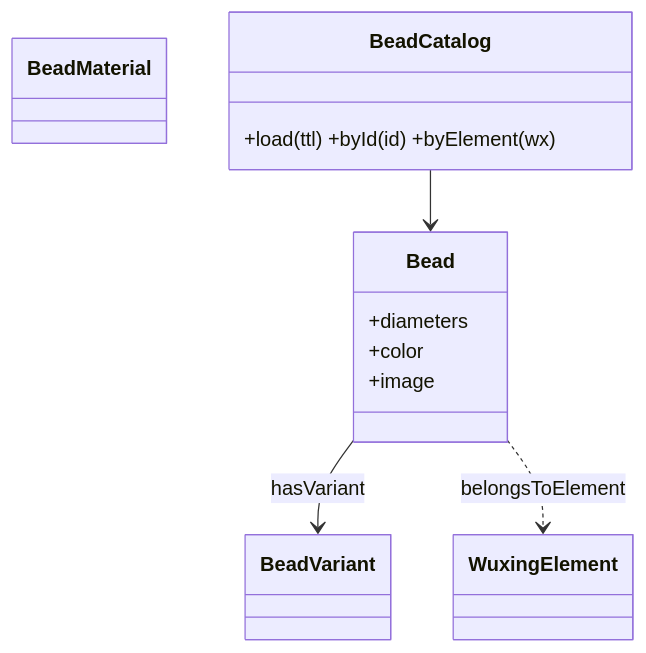
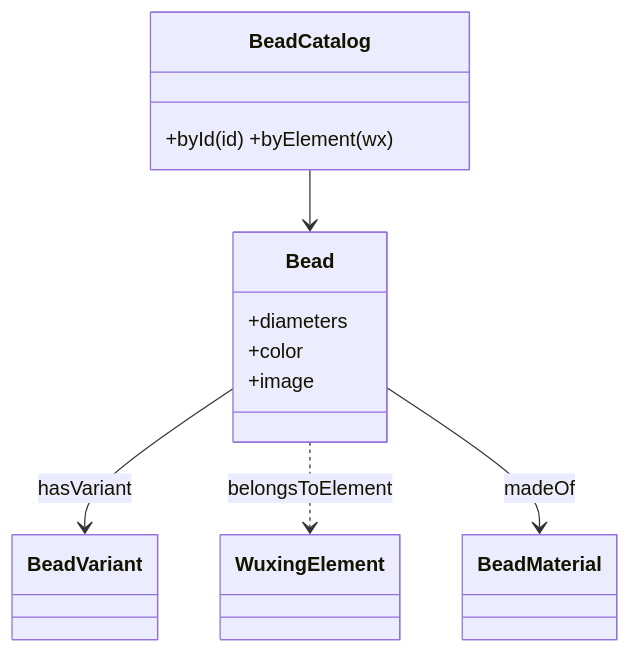
Before and after one commit to ZiFan1117/bazidiy: the second of 4 diagrams in atoms/bazidiy.kb.bead_catalog.atom.md, drawn with Mermaid. The commit also changed other lines of this file and 15 other files, not shown here.

````diff
--- a/atoms/bazidiy.kb.bead_catalog.atom.md
+++ b/atoms/bazidiy.kb.bead_catalog.atom.md
@@ -37,13 +37,14 @@
 ```mermaid
 classDiagram
 class Bead
 class BeadVariant
 class BeadMaterial
-class BeadCatalog { +load(ttl) +byId(id) +byElement(wx) }
+class BeadCatalog { +byId(id) +byElement(wx) }
 Bead : +diameters
 Bead : +color
 Bead : +image
 Bead --> BeadVariant : hasVariant
 Bead ..> WuxingElement : belongsToElement
+Bead --> BeadMaterial : madeOf
 BeadCatalog --> Bead
 ```
````
